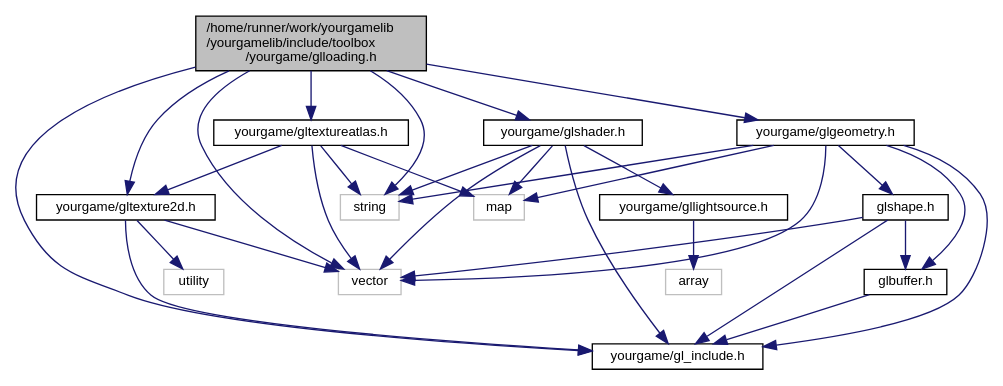
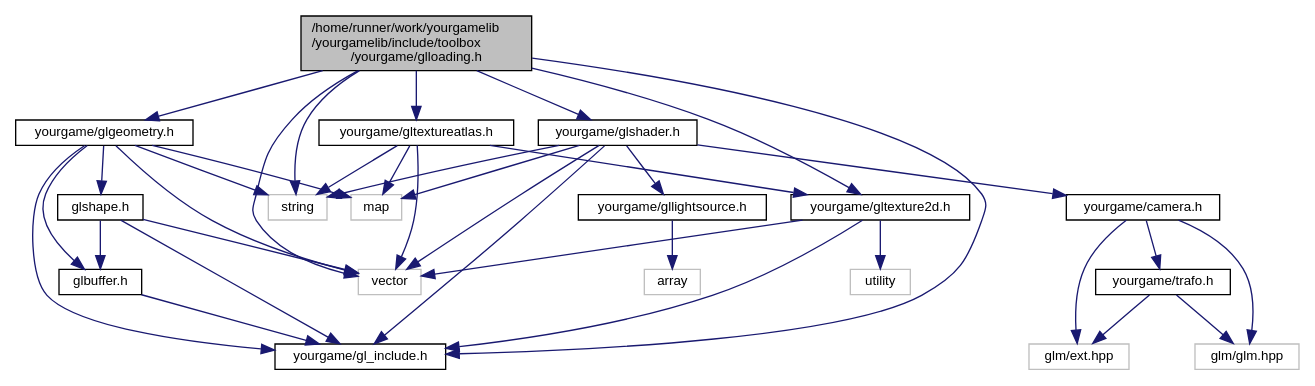
One commit to duddel/yourgamelib changed the diagram in glloading_8h__incl.dot. Above: the diagram before and after it, drawn with Graphviz. The commit also changed 70 other files, not shown here.

```diff
--- a/glloading_8h__incl.dot
+++ b/glloading_8h__incl.dot
@@ -1,49 +1,59 @@
 digraph "/home/runner/work/yourgamelib/yourgamelib/include/toolbox/yourgame/glloading.h"
 {
   edge [fontname="Helvetica",fontsize="10",labelfontname="Helvetica",labelfontsize="10"];
   node [fontname="Helvetica",fontsize="10",shape=record];
   Node0 [label="/home/runner/work/yourgamelib\l/yourgamelib/include/toolbox\l/yourgame/glloading.h",height=0.2,width=0.4,color="black", fillcolor="grey75", style="filled", fontcolor="black"];
   Node0 -> Node1 [color="midnightblue",fontsize="10",style="solid",fontname="Helvetica"];
   Node1 [label="string",height=0.2,width=0.4,color="grey75", fillcolor="white", style="filled"];
   Node0 -> Node2 [color="midnightblue",fontsize="10",style="solid",fontname="Helvetica"];
   Node2 [label="vector",height=0.2,width=0.4,color="grey75", fillcolor="white", style="filled"];
   Node0 -> Node3 [color="midnightblue",fontsize="10",style="solid",fontname="Helvetica"];
   Node3 [label="yourgame/gl_include.h",height=0.2,width=0.4,color="black", fillcolor="white", style="filled",URL="$gl__include_8h.html"];
   Node0 -> Node4 [color="midnightblue",fontsize="10",style="solid",fontname="Helvetica"];
   Node4 [label="yourgame/glgeometry.h",height=0.2,width=0.4,color="black", fillcolor="white", style="filled",URL="$glgeometry_8h.html"];
   Node4 -> Node1 [color="midnightblue",fontsize="10",style="solid",fontname="Helvetica"];
   Node4 -> Node5 [color="midnightblue",fontsize="10",style="solid",fontname="Helvetica"];
   Node5 [label="map",height=0.2,width=0.4,color="grey75", fillcolor="white", style="filled"];
   Node4 -> Node2 [color="midnightblue",fontsize="10",style="solid",fontname="Helvetica"];
   Node4 -> Node3 [color="midnightblue",fontsize="10",style="solid",fontname="Helvetica"];
   Node4 -> Node6 [color="midnightblue",fontsize="10",style="solid",fontname="Helvetica"];
   Node6 [label="glbuffer.h",height=0.2,width=0.4,color="black", fillcolor="white", style="filled",URL="$glbuffer_8h.html"];
   Node6 -> Node3 [color="midnightblue",fontsize="10",style="solid",fontname="Helvetica"];
   Node4 -> Node7 [color="midnightblue",fontsize="10",style="solid",fontname="Helvetica"];
   Node7 [label="glshape.h",height=0.2,width=0.4,color="black", fillcolor="white", style="filled",URL="$glshape_8h.html"];
   Node7 -> Node2 [color="midnightblue",fontsize="10",style="solid",fontname="Helvetica"];
   Node7 -> Node3 [color="midnightblue",fontsize="10",style="solid",fontname="Helvetica"];
   Node7 -> Node6 [color="midnightblue",fontsize="10",style="solid",fontname="Helvetica"];
   Node0 -> Node8 [color="midnightblue",fontsize="10",style="solid",fontname="Helvetica"];
   Node8 [label="yourgame/glshader.h",height=0.2,width=0.4,color="black", fillcolor="white", style="filled",URL="$glshader_8h.html"];
   Node8 -> Node1 [color="midnightblue",fontsize="10",style="solid",fontname="Helvetica"];
   Node8 -> Node2 [color="midnightblue",fontsize="10",style="solid",fontname="Helvetica"];
   Node8 -> Node5 [color="midnightblue",fontsize="10",style="solid",fontname="Helvetica"];
   Node8 -> Node3 [color="midnightblue",fontsize="10",style="solid",fontname="Helvetica"];
   Node8 -> Node9 [color="midnightblue",fontsize="10",style="solid",fontname="Helvetica"];
   Node9 [label="yourgame/gllightsource.h",height=0.2,width=0.4,color="black", fillcolor="white", style="filled",URL="$gllightsource_8h.html"];
   Node9 -> Node10 [color="midnightblue",fontsize="10",style="solid",fontname="Helvetica"];
   Node10 [label="array",height=0.2,width=0.4,color="grey75", fillcolor="white", style="filled"];
-  Node0 -> Node11 [color="midnightblue",fontsize="10",style="solid",fontname="Helvetica"];
-  Node11 [label="yourgame/gltexture2d.h",height=0.2,width=0.4,color="black", fillcolor="white", style="filled",URL="$gltexture2d_8h.html"];
-  Node11 -> Node2 [color="midnightblue",fontsize="10",style="solid",fontname="Helvetica"];
+  Node8 -> Node11 [color="midnightblue",fontsize="10",style="solid",fontname="Helvetica"];
+  Node11 [label="yourgame/camera.h",height=0.2,width=0.4,color="black", fillcolor="white", style="filled",URL="$camera_8h.html"];
   Node11 -> Node12 [color="midnightblue",fontsize="10",style="solid",fontname="Helvetica"];
-  Node12 [label="utility",height=0.2,width=0.4,color="grey75", fillcolor="white", style="filled"];
-  Node11 -> Node3 [color="midnightblue",fontsize="10",style="solid",fontname="Helvetica"];
-  Node0 -> Node13 [color="midnightblue",fontsize="10",style="solid",fontname="Helvetica"];
-  Node13 [label="yourgame/gltextureatlas.h",height=0.2,width=0.4,color="black", fillcolor="white", style="filled",URL="$gltextureatlas_8h.html"];
-  Node13 -> Node2 [color="midnightblue",fontsize="10",style="solid",fontname="Helvetica"];
-  Node13 -> Node5 [color="midnightblue",fontsize="10",style="solid",fontname="Helvetica"];
-  Node13 -> Node1 [color="midnightblue",fontsize="10",style="solid",fontname="Helvetica"];
-  Node13 -> Node11 [color="midnightblue",fontsize="10",style="solid",fontname="Helvetica"];
+  Node12 [label="glm/glm.hpp",height=0.2,width=0.4,color="grey75", fillcolor="white", style="filled"];
+  Node11 -> Node13 [color="midnightblue",fontsize="10",style="solid",fontname="Helvetica"];
+  Node13 [label="glm/ext.hpp",height=0.2,width=0.4,color="grey75", fillcolor="white", style="filled"];
+  Node11 -> Node14 [color="midnightblue",fontsize="10",style="solid",fontname="Helvetica"];
+  Node14 [label="yourgame/trafo.h",height=0.2,width=0.4,color="black", fillcolor="white", style="filled",URL="$trafo_8h.html"];
+  Node14 -> Node12 [color="midnightblue",fontsize="10",style="solid",fontname="Helvetica"];
+  Node14 -> Node13 [color="midnightblue",fontsize="10",style="solid",fontname="Helvetica"];
+  Node0 -> Node15 [color="midnightblue",fontsize="10",style="solid",fontname="Helvetica"];
+  Node15 [label="yourgame/gltexture2d.h",height=0.2,width=0.4,color="black", fillcolor="white", style="filled",URL="$gltexture2d_8h.html"];
+  Node15 -> Node2 [color="midnightblue",fontsize="10",style="solid",fontname="Helvetica"];
+  Node15 -> Node16 [color="midnightblue",fontsize="10",style="solid",fontname="Helvetica"];
+  Node16 [label="utility",height=0.2,width=0.4,color="grey75", fillcolor="white", style="filled"];
+  Node15 -> Node3 [color="midnightblue",fontsize="10",style="solid",fontname="Helvetica"];
+  Node0 -> Node17 [color="midnightblue",fontsize="10",style="solid",fontname="Helvetica"];
+  Node17 [label="yourgame/gltextureatlas.h",height=0.2,width=0.4,color="black", fillcolor="white", style="filled",URL="$gltextureatlas_8h.html"];
+  Node17 -> Node2 [color="midnightblue",fontsize="10",style="solid",fontname="Helvetica"];
+  Node17 -> Node5 [color="midnightblue",fontsize="10",style="solid",fontname="Helvetica"];
+  Node17 -> Node1 [color="midnightblue",fontsize="10",style="solid",fontname="Helvetica"];
+  Node17 -> Node15 [color="midnightblue",fontsize="10",style="solid",fontname="Helvetica"];
 }
```
